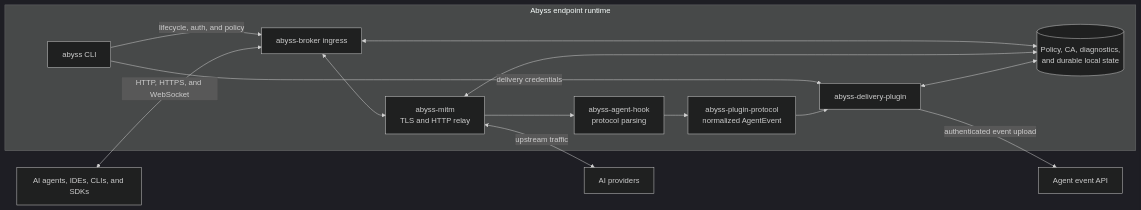
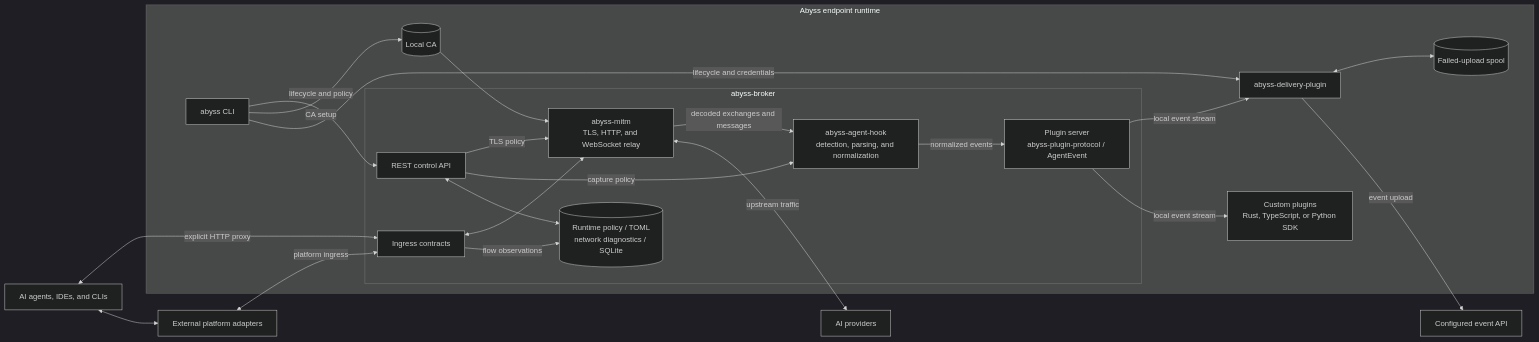
The diagram in README.md (lexmount/abyss-rs), drawn with Mermaid (dark theme) before and after one commit.

Commit message:
docs: streamline README and architecture
Detailed changes:

- Focus the README on overview, installation, quick start, broker, plugins, SDKs, and architecture.
- Clarify supported platforms, proxy modes, and model API protocols, and link to the public documentation.
- Update the architecture diagram and align existing README contract checks.

````diff
--- a/README.md
+++ b/README.md
@@ -84,30 +84,47 @@
 ```mermaid
 flowchart LR
-    Agent[AI agents, IDEs, CLIs, and SDKs]
+    Agent[AI agents, IDEs, and CLIs]
+    Adapter[External platform adapters]
     Provider[AI providers]
-    EventAPI[Agent event API]
+    EventAPI[Configured event API]
 
     subgraph Endpoint[Abyss endpoint runtime]
         CLI[abyss CLI]
-        Ingress[abyss-broker ingress]
-        MITM[abyss-mitm<br/>TLS and HTTP relay]
-        Hook[abyss-agent-hook<br/>protocol parsing]
-        Protocol[abyss-plugin-protocol<br/>normalized AgentEvent]
+
+        subgraph Broker[abyss-broker]
+            Ingress[Ingress contracts]
+            Control[REST control API]
+            MITM[abyss-mitm<br/>TLS, HTTP, and WebSocket relay]
+            Hook[abyss-agent-hook<br/>detection, parsing, and normalization]
+            Events[Plugin server<br/>abyss-plugin-protocol / AgentEvent]
+            State[(Runtime policy / TOML<br/>network diagnostics / SQLite)]
+
+            Ingress <--> MITM
+            MITM -->|decoded exchanges and messages| Hook
+            Hook -->|normalized events| Events
+            Control -->|TLS policy| MITM
+            Control -->|capture policy| Hook
+            Control <--> State
+            Ingress -->|flow observations| State
+        end
+
+        CA[(Local CA)]
         Delivery[abyss-delivery-plugin]
-        State[(Policy, CA, diagnostics,<br/>and durable local state)]
+        Custom[Custom plugins<br/>Rust, TypeScript, or Python SDK]
+        Spool[(Failed-upload spool)]
 
-        CLI -->|lifecycle, auth, and policy| Ingress
-        CLI -->|delivery credentials| Delivery
-        Ingress <--> MITM
-        MITM --> Hook
-        Hook --> Protocol
-        Protocol --> Delivery
-        Ingress <--> State
-        MITM <--> State
-        Delivery <--> State
+        CLI -->|lifecycle and policy| Control
+        CLI -->|CA setup| CA
+        CA --> MITM
+        CLI -->|lifecycle and credentials| Delivery
+        Events -->|local event stream| Delivery
+        Events -->|local event stream| Custom
+        Delivery <--> Spool
     end
 
-    Agent <-->|HTTP, HTTPS, and WebSocket| Ingress
+    Agent <-->|explicit HTTP proxy| Ingress
+    Agent <--> Adapter
+    Adapter <-->|platform ingress| Ingress
     MITM <-->|upstream traffic| Provider
-    Delivery -->|authenticated event upload| EventAPI
+    Delivery -->|event upload| EventAPI
 ```
````
